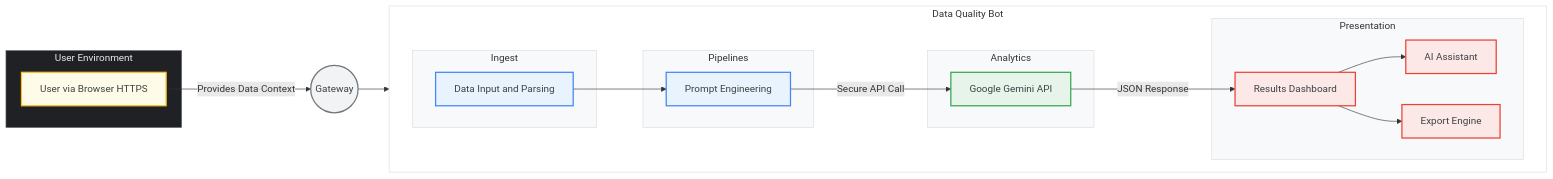
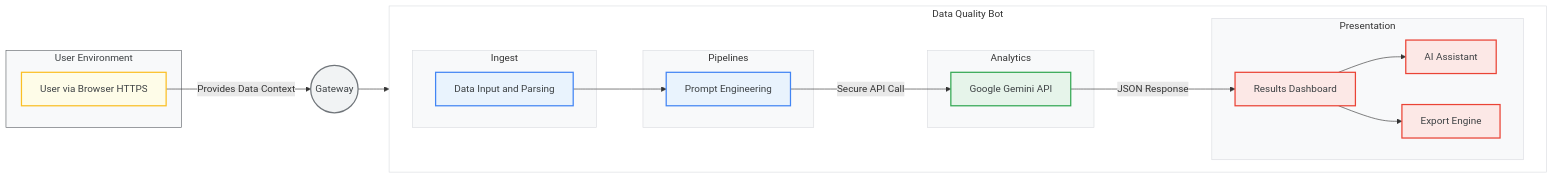
One commit to chtsalvishal/DQ_Gen_AI_Bot changed the first of 2 diagrams in README.md. Above: the diagram before and after it, drawn with Mermaid.

Commit message:
docs: Update README diagram styles
Adjusted node styling in the README diagram to improve visual clarity and consistency with current application theming.

````diff
--- a/README.md
+++ b/README.md
@@ -20,48 +20,48 @@
 ```mermaid
 graph LR
     subgraph userenv [User Environment]
         A[User via Browser HTTPS]:::userNode
     end
 
     B((Gateway)):::gatewayNode
     
     A -- Provides Data Context --> B
 
     subgraph botlogic [Data Quality Bot]
         direction LR
         subgraph ingest [Ingest]
             C[Data Input and Parsing]:::processNode
         end
         subgraph pipelines [Pipelines]
             D[Prompt Engineering]:::processNode
         end
         subgraph analytics [Analytics]
             E[Google Gemini API]:::apiNode
         end
         subgraph presentation [Presentation]
             F[Results Dashboard]:::outputNode
             G[AI Assistant]:::outputNode
             H[Export Engine]:::outputNode
         end
     end
 
     B --> C
     C --> D
     D -- Secure API Call --> E
     E -- JSON Response --> F
     F --> G
     F --> H
     
-    style userenv fill:#202124,stroke:#5F6368,color:#E8EAED,fill-opacity:1
+    style userenv fill:#F8F9FA,stroke:#5F6368,color:#3C4043
     style botlogic fill:#FFFFFF,stroke:#DADCE0
-    style ingest fill:#F8F9FA,stroke:#DADCE0,fill-opacity:1
-    style pipelines fill:#F8F9FA,stroke:#DADCE0,fill-opacity:1
-    style analytics fill:#F8F9FA,stroke:#DADCE0,fill-opacity:1
-    style presentation fill:#F8F9FA,stroke:#DADCE0,fill-opacity:1
+    style ingest fill:#F8F9FA,stroke:#DADCE0
+    style pipelines fill:#F8F9FA,stroke:#DADCE0
+    style analytics fill:#F8F9FA,stroke:#DADCE0
+    style presentation fill:#F8F9FA,stroke:#DADCE0
 
     classDef userNode fill:#FEFCE8,stroke:#FBBF24,stroke-width:2px,color:#3C4043
     classDef gatewayNode fill:#F1F3F4,stroke:#70757A,stroke-width:2px,color:#3C4043
     classDef processNode fill:#E9F3FD,stroke:#4285F4,stroke-width:2px,color:#3C4043
     classDef apiNode fill:#E6F4EA,stroke:#34A853,stroke-width:2px,color:#3C4043
     classDef outputNode fill:#FCE8E6,stroke:#EA4335,stroke-width:2px,color:#3C4043
 ```
````
